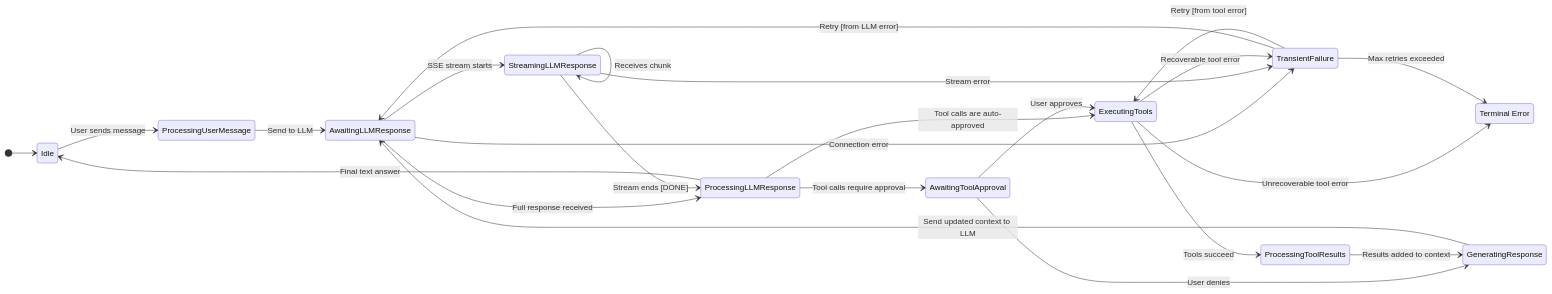
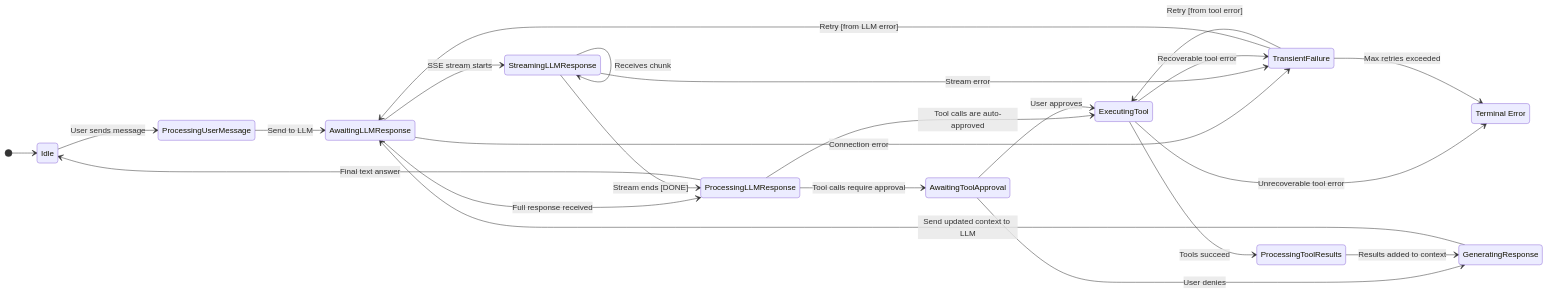
The diagram in docs/architecture/context_manager_fsm_plan.md (bigduu/copilot_client_app), drawn with Mermaid before and after one commit. The commit also changed other lines of this file and 53 other files, not shown here.

````diff
--- a/docs/architecture/context_manager_fsm_plan.md
+++ b/docs/architecture/context_manager_fsm_plan.md
@@ -27,34 +27,34 @@
 ```mermaid
 stateDiagram-v2
     direction LR
     [*] --> Idle
     Idle --> ProcessingUserMessage: User sends message
     ProcessingUserMessage --> AwaitingLLMResponse: Send to LLM
     AwaitingLLMResponse --> StreamingLLMResponse: SSE stream starts
     AwaitingLLMResponse --> ProcessingLLMResponse: Full response received
     AwaitingLLMResponse --> TransientFailure: Connection error
     
     StreamingLLMResponse --> StreamingLLMResponse: Receives chunk
     StreamingLLMResponse --> ProcessingLLMResponse: Stream ends [DONE]
     StreamingLLMResponse --> TransientFailure: Stream error
 
     ProcessingLLMResponse --> AwaitingToolApproval: Tool calls require approval
-    ProcessingLLMResponse --> ExecutingTools: Tool calls are auto-approved
+    ProcessingLLMResponse --> ExecutingTool: Tool calls are auto-approved
     ProcessingLLMResponse --> Idle: Final text answer
     
-    AwaitingToolApproval --> ExecutingTools: User approves
+    AwaitingToolApproval --> ExecutingTool: User approves
     AwaitingToolApproval --> GeneratingResponse: User denies
     
-    ExecutingTools --> ProcessingToolResults: Tools succeed
-    ExecutingTools --> TransientFailure: Recoverable tool error
-    ExecutingTools --> Failed: Unrecoverable tool error
+    ExecutingTool --> ProcessingToolResults: Tools succeed
+    ExecutingTool --> TransientFailure: Recoverable tool error
+    ExecutingTool --> Failed: Unrecoverable tool error
     
     ProcessingToolResults --> GeneratingResponse: Results added to context
     GeneratingResponse --> AwaitingLLMResponse: Send updated context to LLM
     
     TransientFailure --> AwaitingLLMResponse: Retry [from LLM error]
-    TransientFailure --> ExecutingTools: Retry [from tool error]
+    TransientFailure --> ExecutingTool: Retry [from tool error]
     TransientFailure --> Failed: Max retries exceeded
     
     state "Terminal Error" as Failed
 ```
````
